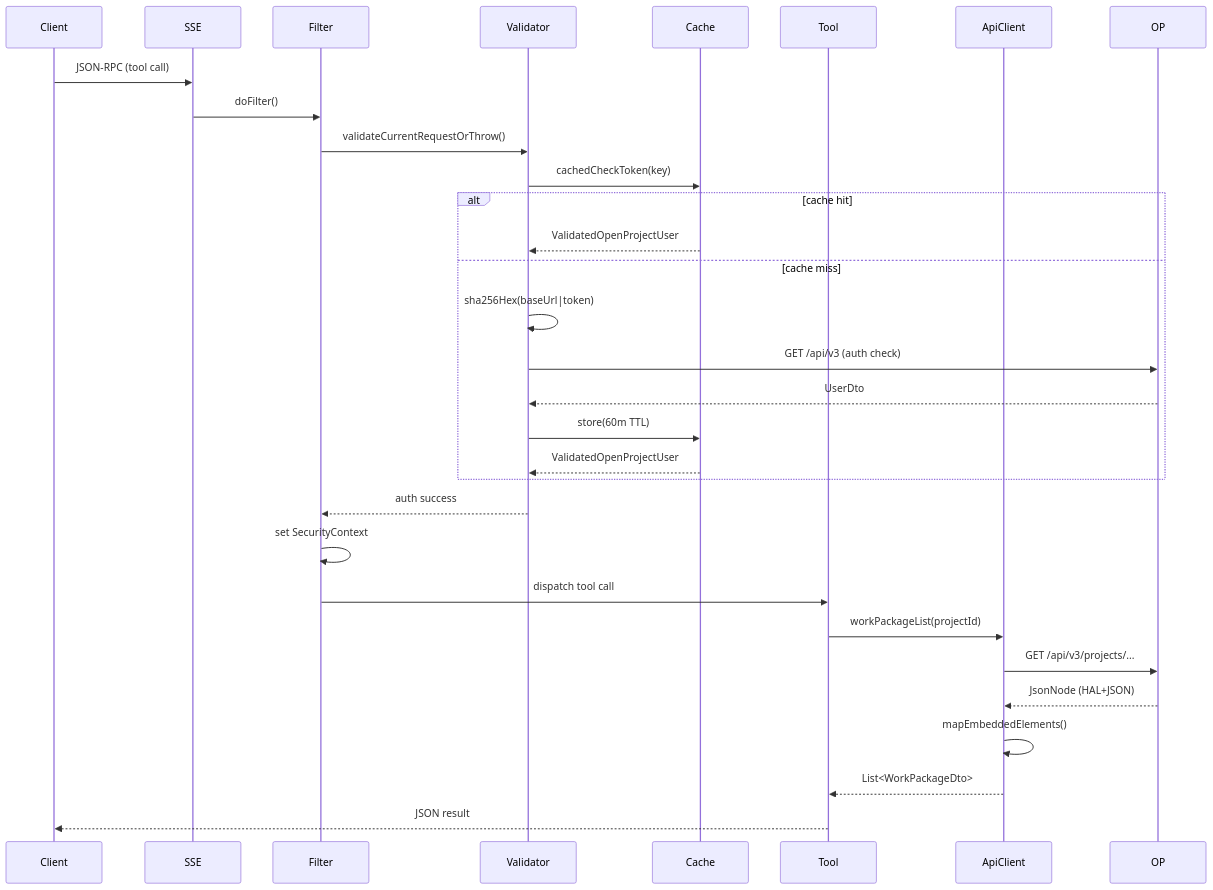
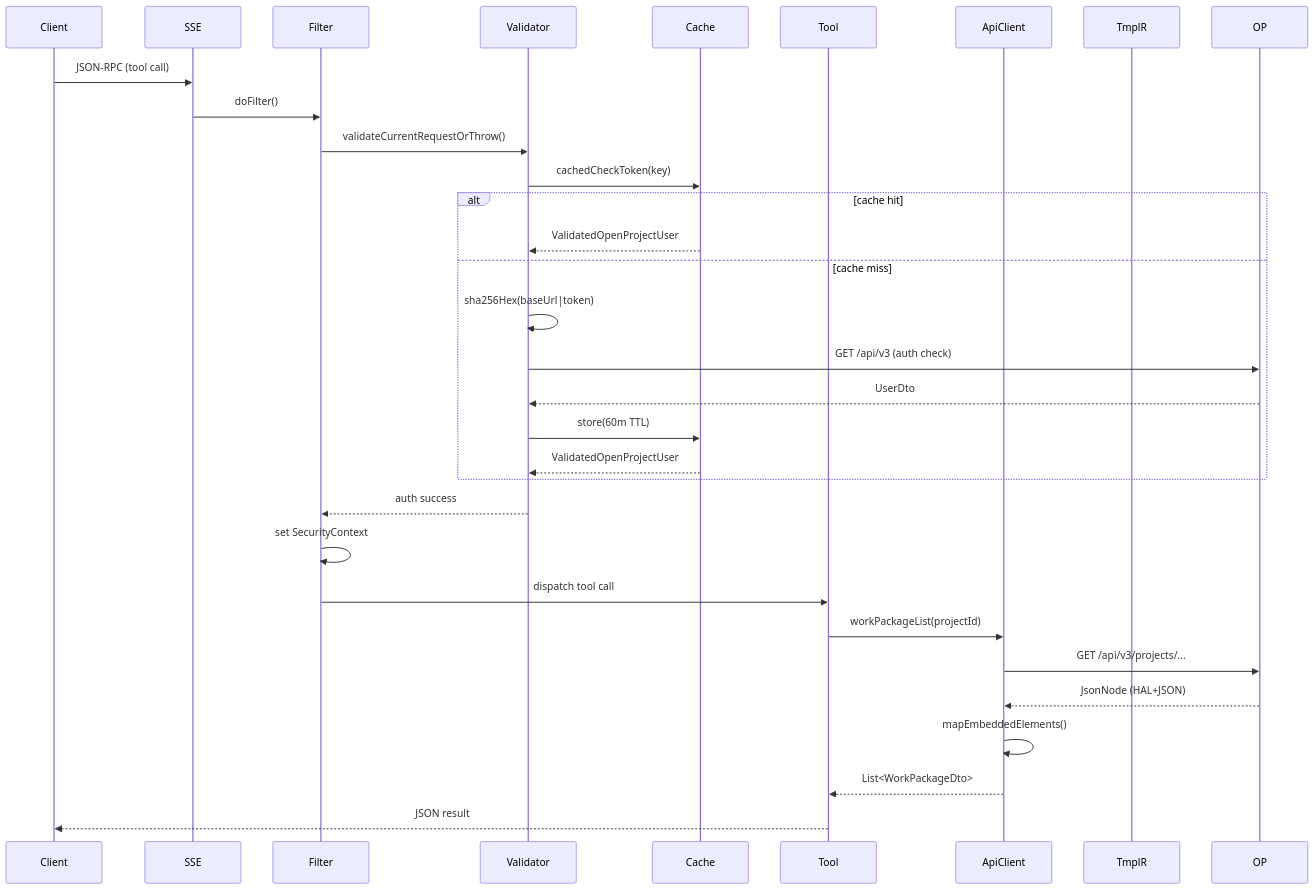
The second of 2 diagrams in openwiki/architecture/overview.md (tmskln/spring-openproject-mcp-server), drawn with Mermaid before and after one commit. The commit also changed other lines of this file and 13 other files, not shown here.

````diff
--- a/openwiki/architecture/overview.md
+++ b/openwiki/architecture/overview.md
@@ -236,34 +238,35 @@
 ```mermaid
 sequenceDiagram
     participant Client
     participant SSE
     participant Filter
     participant Validator
     participant Cache
     participant Tool
     participant ApiClient
+    participant TmplR
     participant OP
 
     Client->>SSE: JSON-RPC (tool call)
     SSE->>Filter: doFilter()
     Filter->>Validator: validateCurrentRequestOrThrow()
     Validator->>Cache: cachedCheckToken(key)
     alt cache hit
         Cache-->>Validator: ValidatedOpenProjectUser
     else cache miss
         Validator->>Validator: sha256Hex(baseUrl|token)
         Validator->>OP: GET /api/v3 (auth check)
         OP-->>Validator: UserDto
         Validator->>Cache: store(60m TTL)
         Cache-->>Validator: ValidatedOpenProjectUser
     end
     Validator-->>Filter: auth success
     Filter->>Filter: set SecurityContext
     Filter->>Tool: dispatch tool call
     Tool->>ApiClient: workPackageList(projectId)
     ApiClient->>OP: GET /api/v3/projects/...
     OP-->>ApiClient: JsonNode (HAL+JSON)
     ApiClient->>ApiClient: mapEmbeddedElements()
     ApiClient-->>Tool: List<WorkPackageDto>
     Tool-->>Client: JSON result
 ```
````
